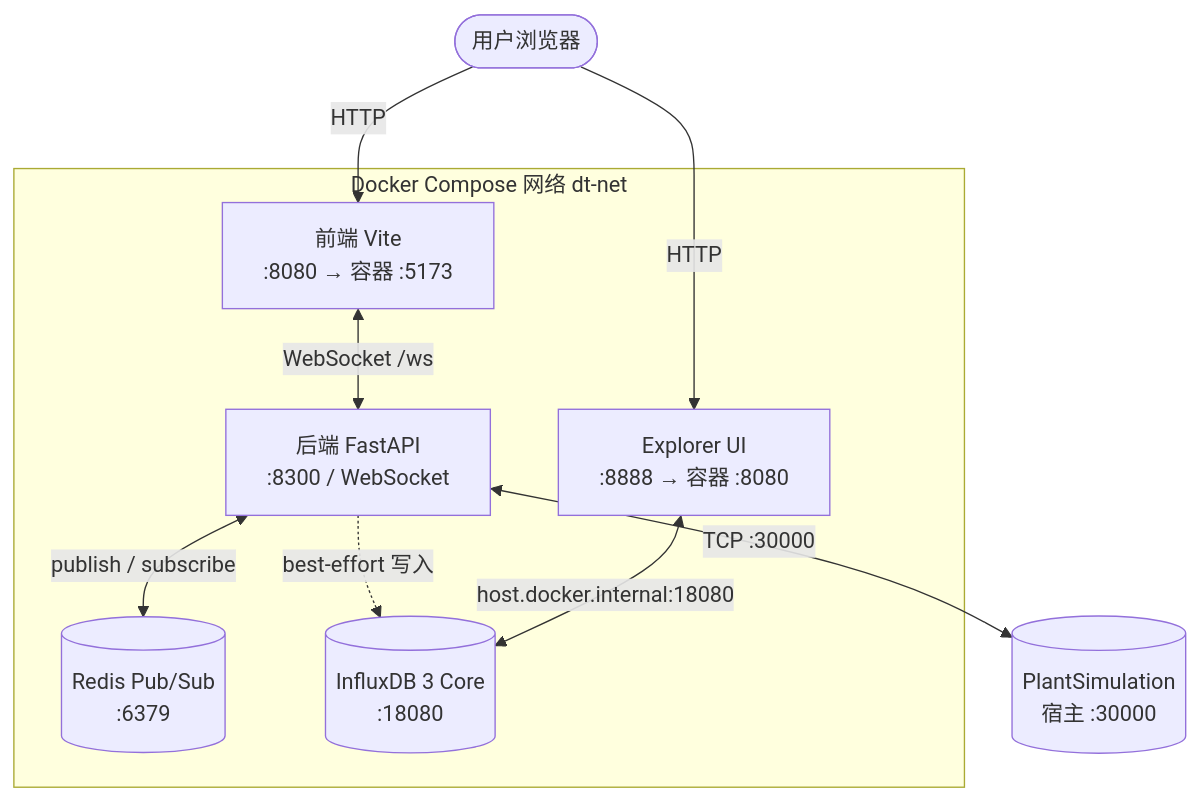
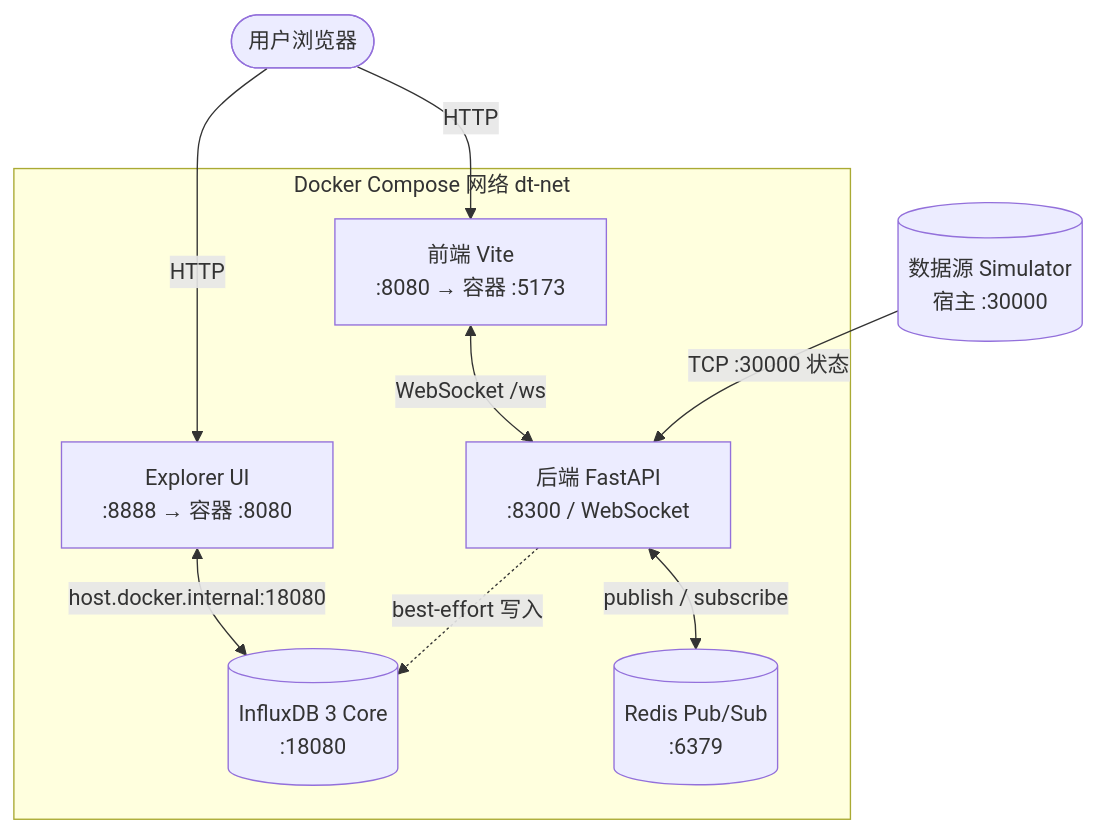
Before and after one commit to yjd0625/digital-twin-project: the first of 2 diagrams in README.md, drawn with Mermaid. The commit also changed other lines of this file and 32 other files, not shown here.

Commit message:
feat: replace Plant Simulation with pluggable Python data source

````diff
--- a/README.md
+++ b/README.md
@@ -43,22 +52,22 @@
 ```mermaid
 flowchart TB
     User([用户浏览器])
 
     subgraph Docker[Docker Compose 网络 dt-net]
         FE[前端 Vite<br/>:8080 → 容器 :5173]
         BE[后端 FastAPI<br/>:8300 / WebSocket]
         RD[(Redis Pub/Sub<br/>:6379)]
         IDB[(InfluxDB 3 Core<br/>:18080)]
         EXP[Explorer UI<br/>:8888 → 容器 :8080]
     end
 
-    PS[(PlantSimulation<br/>宿主 :30000)]
+    SRC[(数据源 Simulator<br/>宿主 :30000)]
 
     User -->|HTTP| FE
     User -->|HTTP| EXP
     FE <-->|WebSocket /ws| BE
     BE <-->|publish / subscribe| RD
-    BE <-->|TCP :30000| PS
+    SRC -->|TCP :30000 状态| BE
     BE -.->|best-effort 写入| IDB
     EXP <-->|host.docker.internal:18080| IDB
 ```
````
